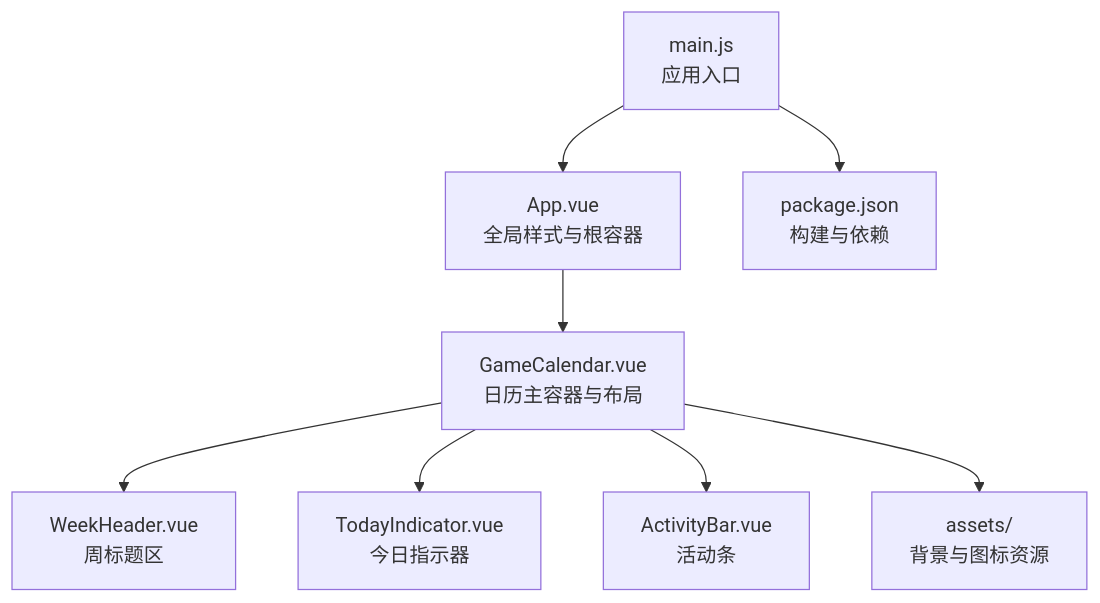
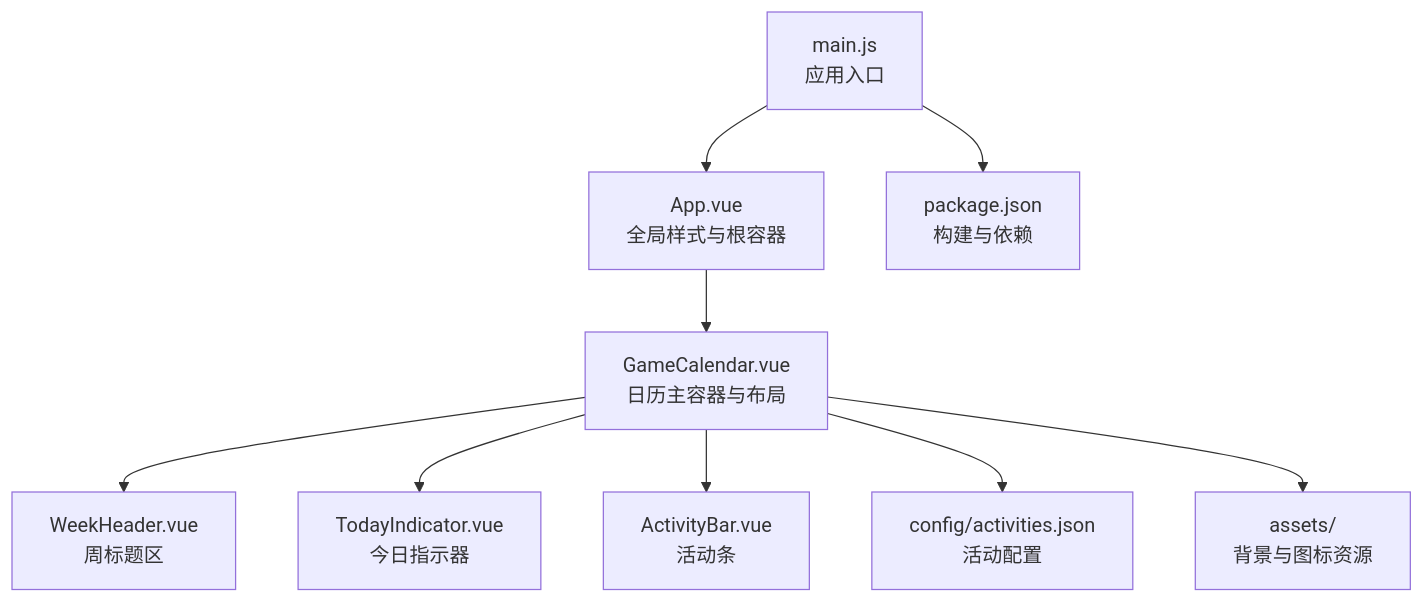
Before and after one commit to xuanyulingnfeg/gameCalendar: the first of 5 diagrams in .qoder/repowiki/zh/content/样式系统.md, drawn with Mermaid. The commit also changed other lines of this file and 9 other files, not shown here.

````diff
--- a/.qoder/repowiki/zh/content/样式系统.md
+++ b/.qoder/repowiki/zh/content/样式系统.md
@@ -48,10 +46,11 @@
 ```mermaid
 graph TB
 A["main.js<br/>应用入口"] --> B["App.vue<br/>全局样式与根容器"]
 B --> C["GameCalendar.vue<br/>日历主容器与布局"]
 C --> D["WeekHeader.vue<br/>周标题区"]
 C --> E["TodayIndicator.vue<br/>今日指示器"]
 C --> F["ActivityBar.vue<br/>活动条"]
 A --> G["package.json<br/>构建与依赖"]
-C --> H["assets/<br/>背景与图标资源"]
+C --> H["config/activities.json<br/>活动配置"]
+C --> I["assets/<br/>背景与图标资源"]
 ```
````
